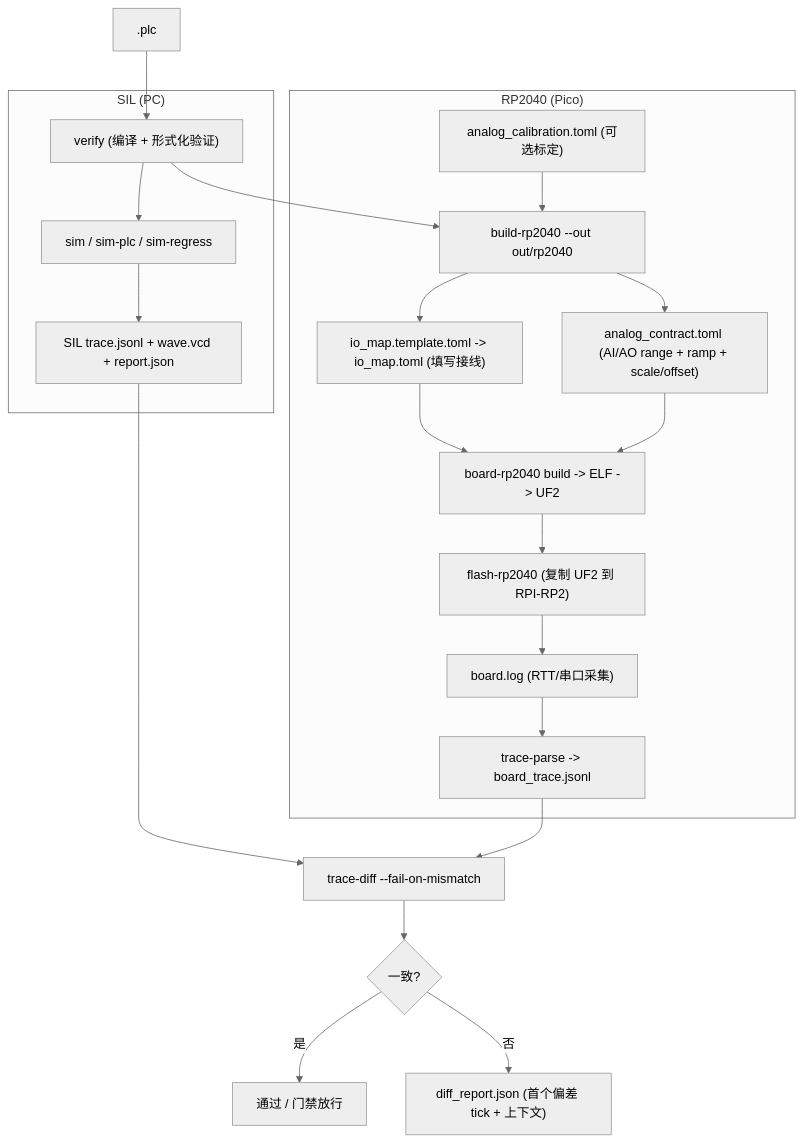
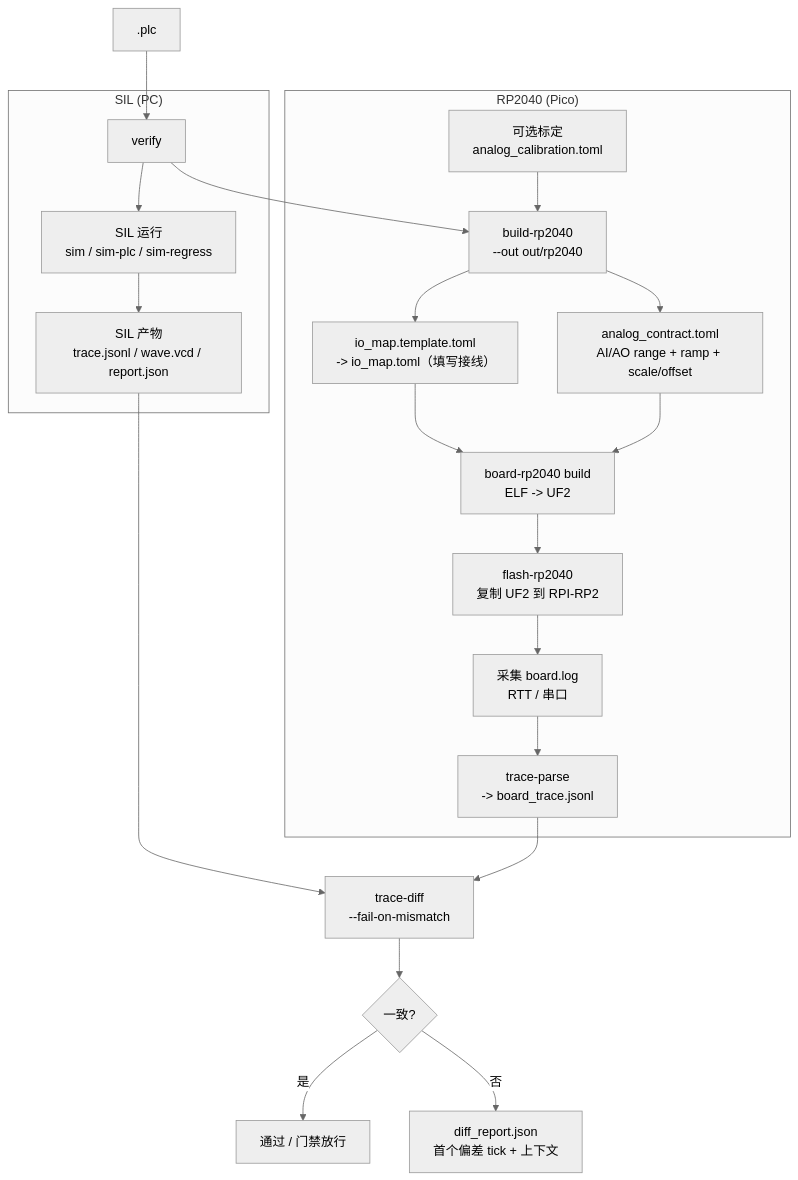
The second of 4 diagrams in README.md (xxrust/RustPLC), drawn with Mermaid (neutral theme) before and after one commit.

Commit message:
docs(readme): wrap mermaid labels to avoid overflow

````diff
--- a/README.md
+++ b/README.md
@@ -292,27 +292,27 @@
 ```mermaid
 flowchart TD
-  P[".plc"] --> V["verify (编译 + 形式化验证)"]
+  P[".plc"] --> V["verify"]
 
   subgraph SIL["SIL (PC)"]
-    V --> SP["sim / sim-plc / sim-regress"]
-    SP --> ST["SIL trace.jsonl + wave.vcd + report.json"]
+    V --> SP["SIL 运行<br/>sim / sim-plc / sim-regress"]
+    SP --> ST["SIL 产物<br/>trace.jsonl / wave.vcd / report.json"]
   end
 
   subgraph BOARD["RP2040 (Pico)"]
-    V --> BR["build-rp2040 --out out/rp2040"]
-    BR --> IOM["io_map.template.toml -> io_map.toml (填写接线)"]
-    CAL["analog_calibration.toml (可选标定)"] --> BR
-    BR --> AC["analog_contract.toml (AI/AO range + ramp + scale/offset)"]
-    IOM --> FW["board-rp2040 build -> ELF -> UF2"]
+    V --> BR["build-rp2040<br/>--out out/rp2040"]
+    BR --> IOM["io_map.template.toml<br/>-> io_map.toml（填写接线）"]
+    CAL["可选标定<br/>analog_calibration.toml"] --> BR
+    BR --> AC["analog_contract.toml<br/>AI/AO range + ramp + scale/offset"]
+    IOM --> FW["board-rp2040 build<br/>ELF -> UF2"]
     AC --> FW
-    FW --> FL["flash-rp2040 (复制 UF2 到 RPI-RP2)"]
-    FL --> BL["board.log (RTT/串口采集)"]
-    BL --> TP["trace-parse -> board_trace.jsonl"]
+    FW --> FL["flash-rp2040<br/>复制 UF2 到 RPI-RP2"]
+    FL --> BL["采集 board.log<br/>RTT / 串口"]
+    BL --> TP["trace-parse<br/>-> board_trace.jsonl"]
   end
 
-  ST --> DIFF["trace-diff --fail-on-mismatch"]
+  ST --> DIFF["trace-diff<br/>--fail-on-mismatch"]
   TP --> DIFF
   DIFF --> OK{"一致?"}
   OK -- "是" --> PASS["通过 / 门禁放行"]
-  OK -- "否" --> REP["diff_report.json (首个偏差 tick + 上下文)"]
+  OK -- "否" --> REP["diff_report.json<br/>首个偏差 tick + 上下文"]
 ```
````
